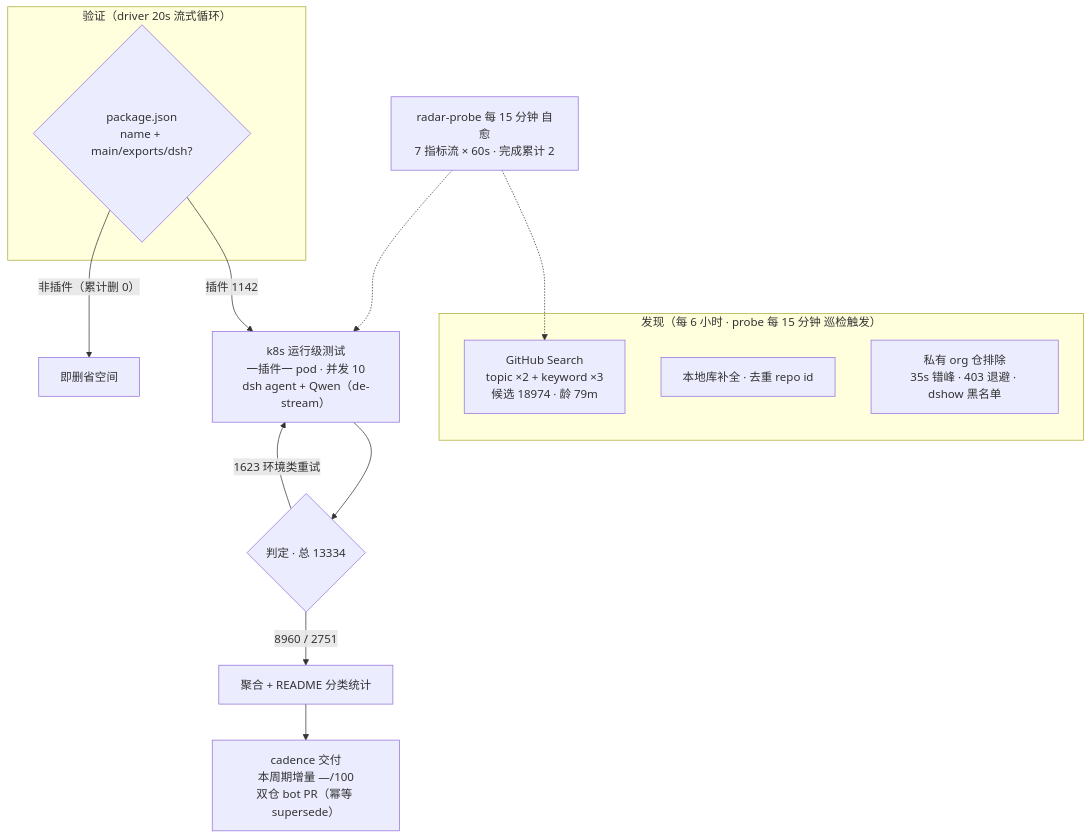
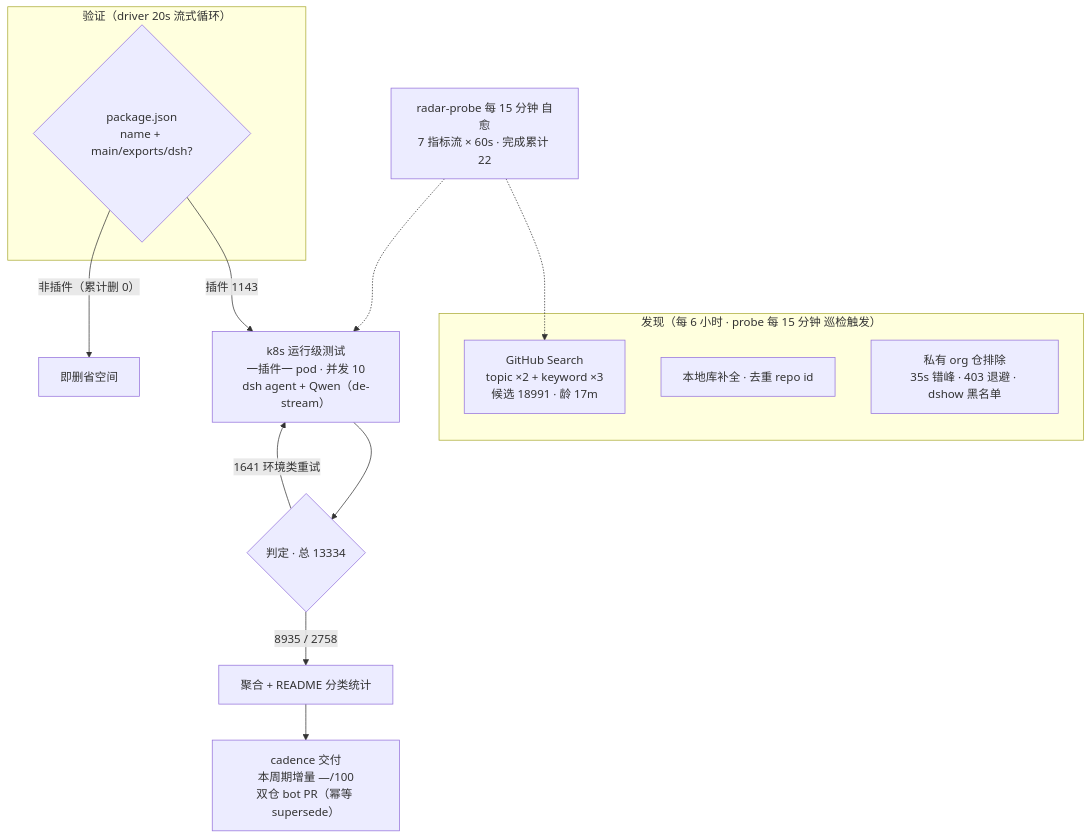
Before and after one commit to Zhidao-Lab-OSS/awesome-dsh-plugins: the diagram in README.md, drawn with Mermaid. The commit also changed other lines of this file and 1 other file, not shown here.

````diff
--- a/README.md
+++ b/README.md
@@ -54,20 +55,20 @@
 ```mermaid
 flowchart TB
     subgraph Discovery["发现（每 6 小时 · probe 每 15 分钟 巡检触发）"]
-        A1["GitHub Search<br/>topic ×2 + keyword ×3<br/>候选 18974 · 龄 79m"]
+        A1["GitHub Search<br/>topic ×2 + keyword ×3<br/>候选 18991 · 龄 17m"]
         A2["本地库补全 · 去重 repo id"]
         A3["私有 org 仓排除<br/>35s 错峰 · 403 退避 · dshow 黑名单"]
     end
     subgraph Validation["验证（driver 20s 流式循环）"]
         B1{"package.json<br/>name + main/exports/dsh?"}
     end
-    B1 -->|"插件 1142"| C1["k8s 运行级测试<br/>一插件一 pod · 并发 10<br/>dsh agent + Qwen（de-stream）"]
+    B1 -->|"插件 1143"| C1["k8s 运行级测试<br/>一插件一 pod · 并发 10<br/>dsh agent + Qwen（de-stream）"]
     B1 -->|"非插件（累计删 0）"| B3["即删省空间"]
     C1 --> D1{"判定 · 总 13334"}
-    D1 -->|"8960 / 2751"| E1["聚合 + README 分类统计"]
-    D1 -->|"1623 环境类重试"| C1
+    D1 -->|"8935 / 2758"| E1["聚合 + README 分类统计"]
+    D1 -->|"1641 环境类重试"| C1
     E1 --> E2["cadence 交付<br/>本周期增量 —/100<br/>双仓 bot PR（幂等 supersede）"]
-    M["radar-probe 每 15 分钟 自愈<br/>7 指标流 × 60s · 完成累计 2"]
+    M["radar-probe 每 15 分钟 自愈<br/>7 指标流 × 60s · 完成累计 22"]
     M -.-> A1
     M -.-> C1
 ```
````
